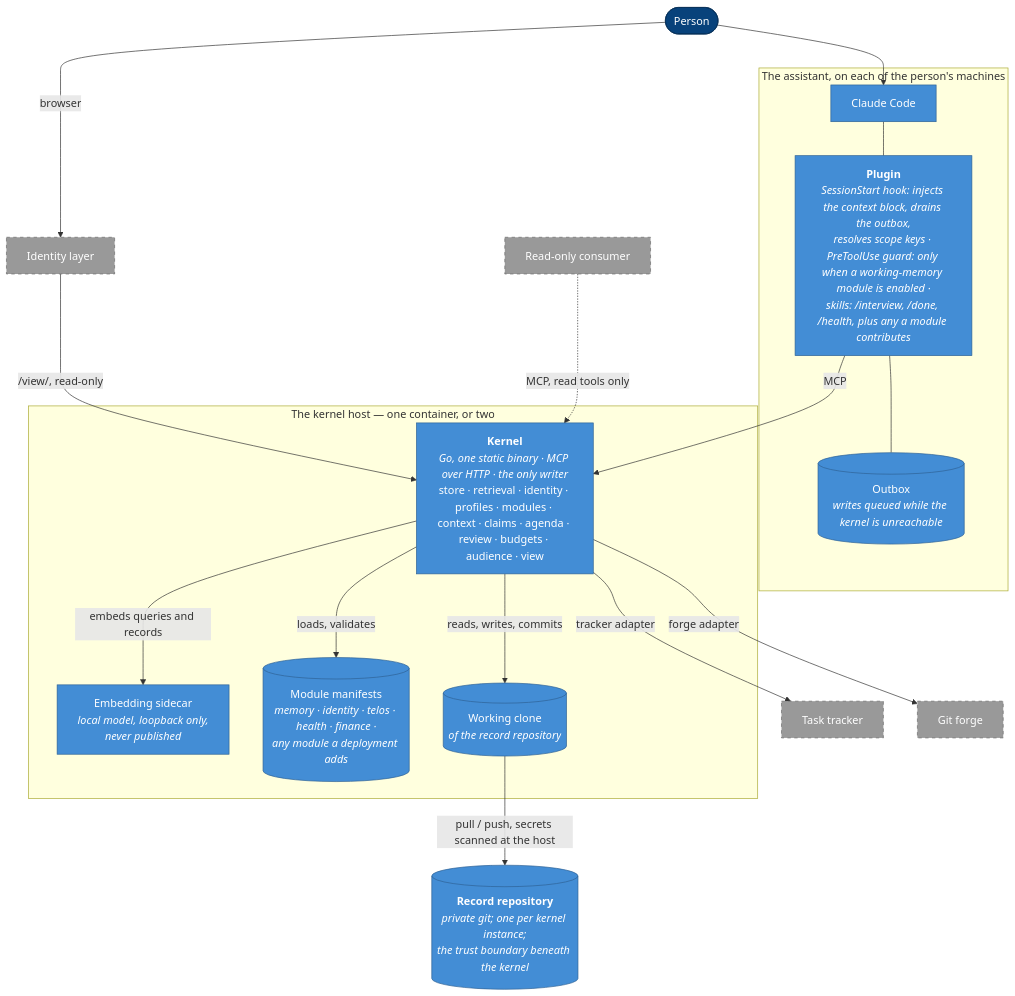
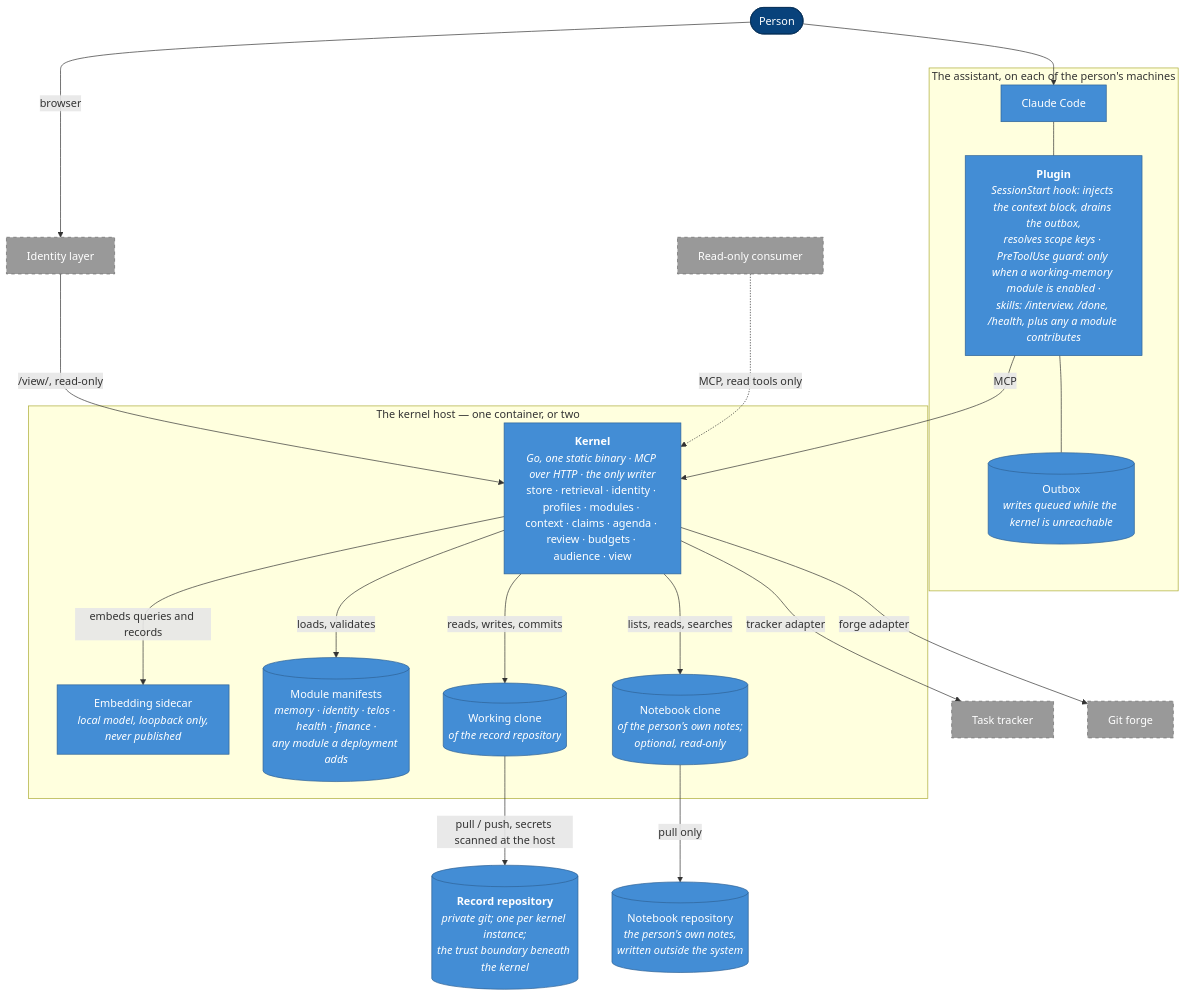
One commit to allanschon/brabeus changed the second of 4 diagrams in docs/personal-context-system-c4.md. Above: the diagram before and after it, drawn with Mermaid. The commit also changed other lines of this file and 2 other files, not shown here.

Commit message:
Specify the notebook
The kernel's second, read-only repository (repo: projects) had no section
in the spec. v1.6 defines it as the person's own notes, which the kernel
lists, reads and searches and never writes: the one exception to one
repository per kernel instance (§5), refused to consumers (§11), the
operator's notes of §12, with dense search left to M2 (§14); Changes
entry AF. The plain-language description gains a sentence and the C4
container diagram a read-only notebook clone; both diagrams render.

````diff
--- a/docs/personal-context-system-c4.md
+++ b/docs/personal-context-system-c4.md
@@ -60,45 +60,49 @@
 ```mermaid
 flowchart TB
     person(["Person"])
 
     subgraph assistant_host ["The assistant, on each of the person's machines"]
         cc["Claude Code"]
         plugin["<b>Plugin</b><br/><i>SessionStart hook: injects the context block, drains the outbox,<br/>resolves scope keys · PreToolUse guard: only when a working-memory module is enabled ·<br/>skills: /interview, /done, /health, plus any a module contributes</i>"]
         outbox[("Outbox<br/><i>writes queued while the kernel is unreachable</i>")]
         cc --- plugin
         plugin --- outbox
     end
 
     subgraph kernel_host ["The kernel host — one container, or two"]
         kernel["<b>Kernel</b><br/><i>Go, one static binary · MCP over HTTP · the only writer</i><br/>store · retrieval · identity · profiles · modules · context · claims · agenda · review · budgets · audience · view"]
         embed["Embedding sidecar<br/><i>local model, loopback only,<br/>never published</i>"]
         modules[("Module manifests<br/><i>memory · identity · telos · health · finance ·<br/>any module a deployment adds</i>")]
         clone[("Working clone<br/><i>of the record repository</i>")]
+        nbclone[("Notebook clone<br/><i>of the person's own notes;<br/>optional, read-only</i>")]
         kernel -- "embeds queries and records" --> embed
         kernel -- "loads, validates" --> modules
         kernel -- "reads, writes, commits" --> clone
+        kernel -- "lists, reads, searches" --> nbclone
     end
 
     repo[("<b>Record repository</b><br/><i>private git; one per kernel instance;<br/>the trust boundary beneath the kernel</i>")]
+    notes[("Notebook repository<br/><i>the person's own notes,<br/>written outside the system</i>")]
     idp["Identity layer"]
     tracker["Task tracker"]
     forge["Git forge"]
     consumer["Read-only consumer"]
 
     person --> cc
     plugin -- "MCP" --> kernel
     person -- "browser" --> idp -- "/view/, read-only" --> kernel
     consumer -. "MCP, read tools only" .-> kernel
     clone -- "pull / push, secrets scanned at the host" --> repo
+    nbclone -- "pull only" --> notes
     kernel -- "tracker adapter" --> tracker
     kernel -- "forge adapter" --> forge
 
     classDef person fill:#08427b,stroke:#052e56,color:#fff
     classDef container fill:#438dd5,stroke:#2e6295,color:#fff
     classDef store fill:#438dd5,stroke:#2e6295,color:#fff
     classDef ext fill:#999,stroke:#6b6b6b,color:#fff,stroke-dasharray:5 5
     class person person
     class cc,plugin,kernel,embed container
-    class outbox,modules,clone,repo store
+    class outbox,modules,clone,repo,nbclone,notes store
     class idp,tracker,forge,consumer ext
 ```
````
